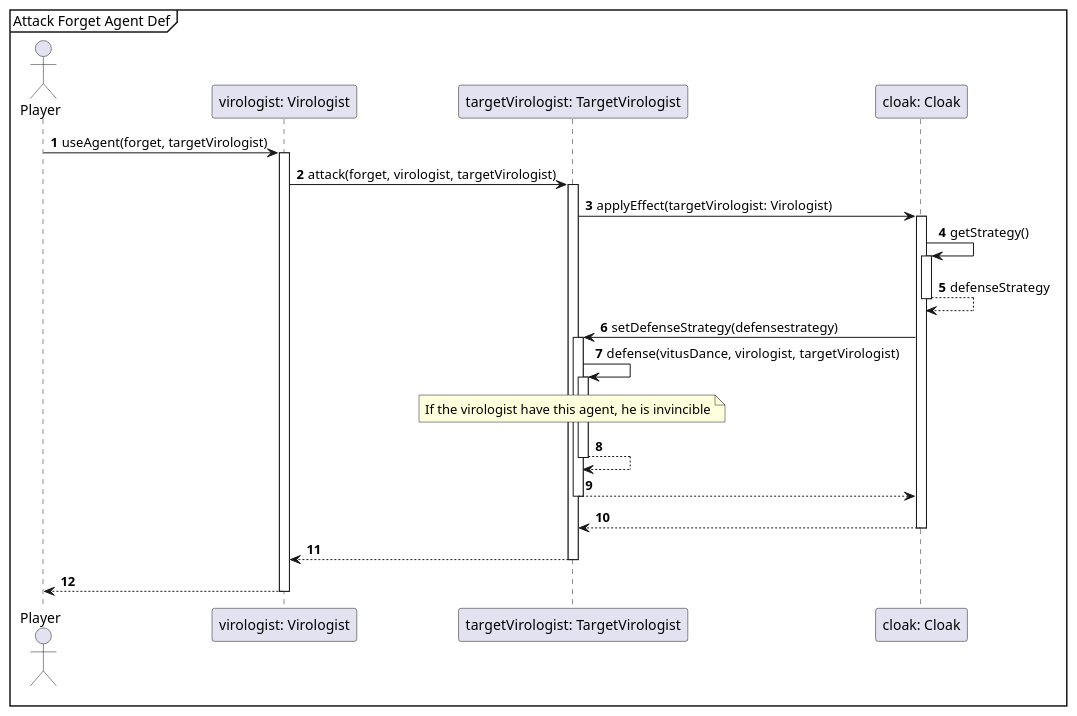
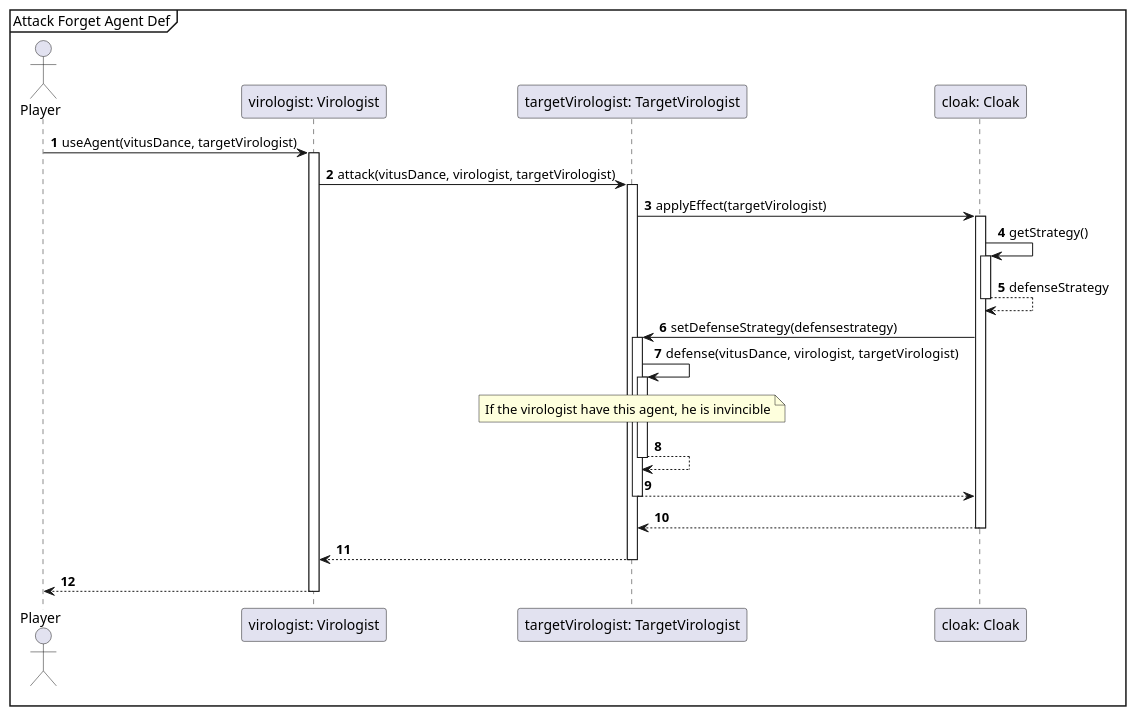
The diagram in Exact Sequence-diagrams/AttackVitusAgentPROTECT.puml (Projlab-csb/projlab-virologus), drawn with PlantUML before and after one commit. The commit also changed 15 other files, not shown here.

```diff
--- a/Exact Sequence-diagrams/AttackVitusAgentPROTECT.puml
+++ b/Exact Sequence-diagrams/AttackVitusAgentPROTECT.puml
@@ -1,35 +1,35 @@
 @startuml
 'https://plantuml.com/sequence-diagram
 
 autonumber
 
 mainframe Attack Forget Agent Def
 
 actor Player
 
-Player -> "virologist: Virologist"++: useAgent(forget, targetVirologist)
-"virologist: Virologist" -> "targetVirologist: TargetVirologist"++: attack(forget, virologist, targetVirologist)
-"targetVirologist: TargetVirologist" -> "cloak: Cloak"++ : applyEffect(targetVirologist: Virologist)
+Player -> "virologist: Virologist"++: useAgent(vitusDance, targetVirologist)
+"virologist: Virologist" -> "targetVirologist: TargetVirologist"++: attack(vitusDance, virologist, targetVirologist)
+"targetVirologist: TargetVirologist" -> "cloak: Cloak"++ : applyEffect(targetVirologist)
 
 "cloak: Cloak" -> "cloak: Cloak"++ : getStrategy()
 "cloak: Cloak" --> "cloak: Cloak"-- : defenseStrategy
 
 "cloak: Cloak" -> "targetVirologist: TargetVirologist"++: setDefenseStrategy(defensestrategy)
 
 "targetVirologist: TargetVirologist" -> "targetVirologist: TargetVirologist"++: defense(vitusDance, virologist,  targetVirologist)
 
 
 note over "targetVirologist: TargetVirologist"
     If the virologist have this agent, he is invincible
 end note
 
 "targetVirologist: TargetVirologist" --> "targetVirologist: TargetVirologist" --
 
 "targetVirologist: TargetVirologist" --> "cloak: Cloak" --
 "cloak: Cloak" --> "targetVirologist: TargetVirologist" --
 
 
 "targetVirologist: TargetVirologist" --> "virologist: Virologist" --
 
 "virologist: Virologist" --> Player --
 @enduml
```
